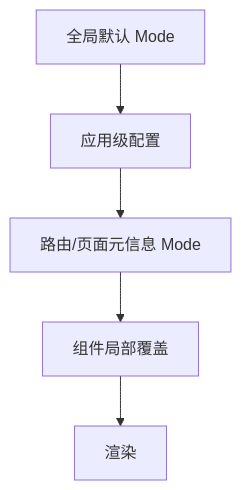
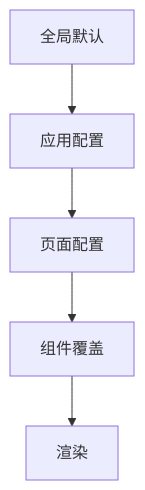
Before and after one commit to suneo02/tech-knowledge-base: the diagram in docs/intl/i18n-display-modes.md, drawn with Mermaid. The commit also changed other lines of this file and 2109 other files, not shown here.

````diff
--- a/docs/intl/i18n-display-modes.md
+++ b/docs/intl/i18n-display-modes.md
@@ -32,7 +40,7 @@
 ```mermaid
 graph TD
-  A[全局默认 Mode] --> B[应用级配置]
-  B --> C[路由/页面元信息 Mode]
-  C --> D[组件局部覆盖]
+  A[全局默认] --> B[应用配置]
+  B --> C[页面配置]
+  C --> D[组件覆盖]
   D --> E[渲染]
 ```
````
